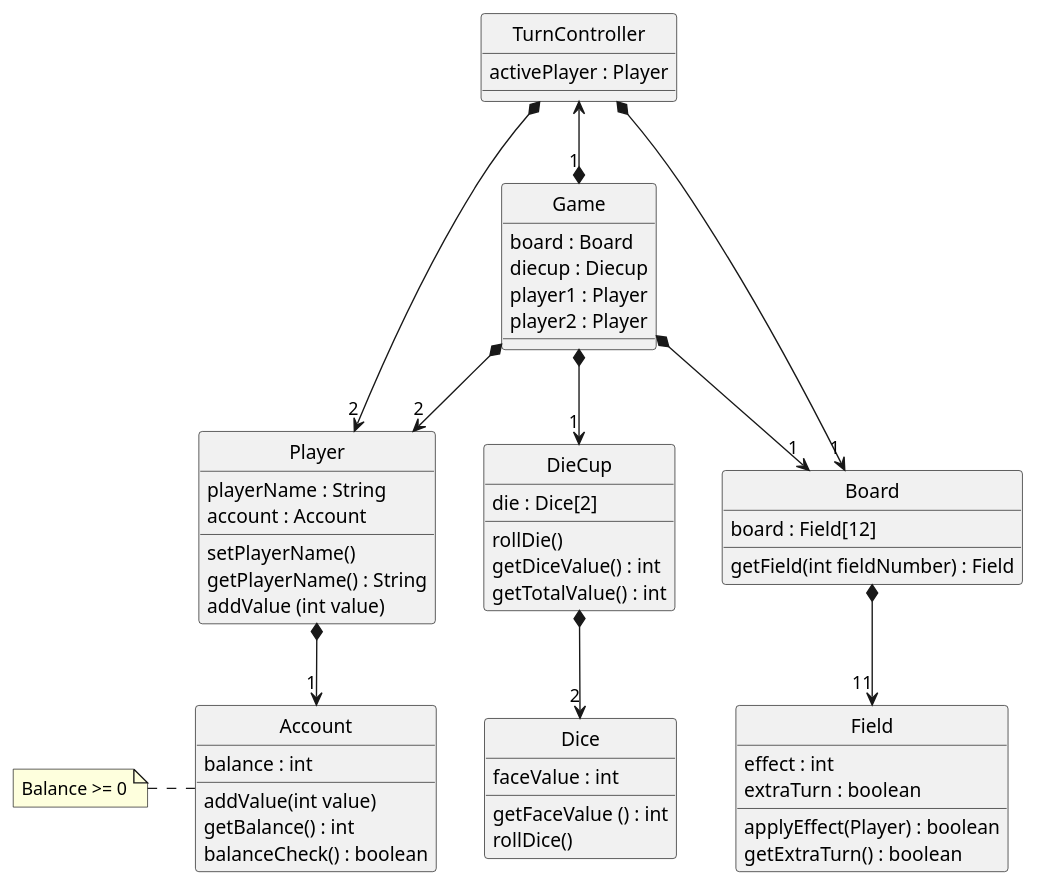
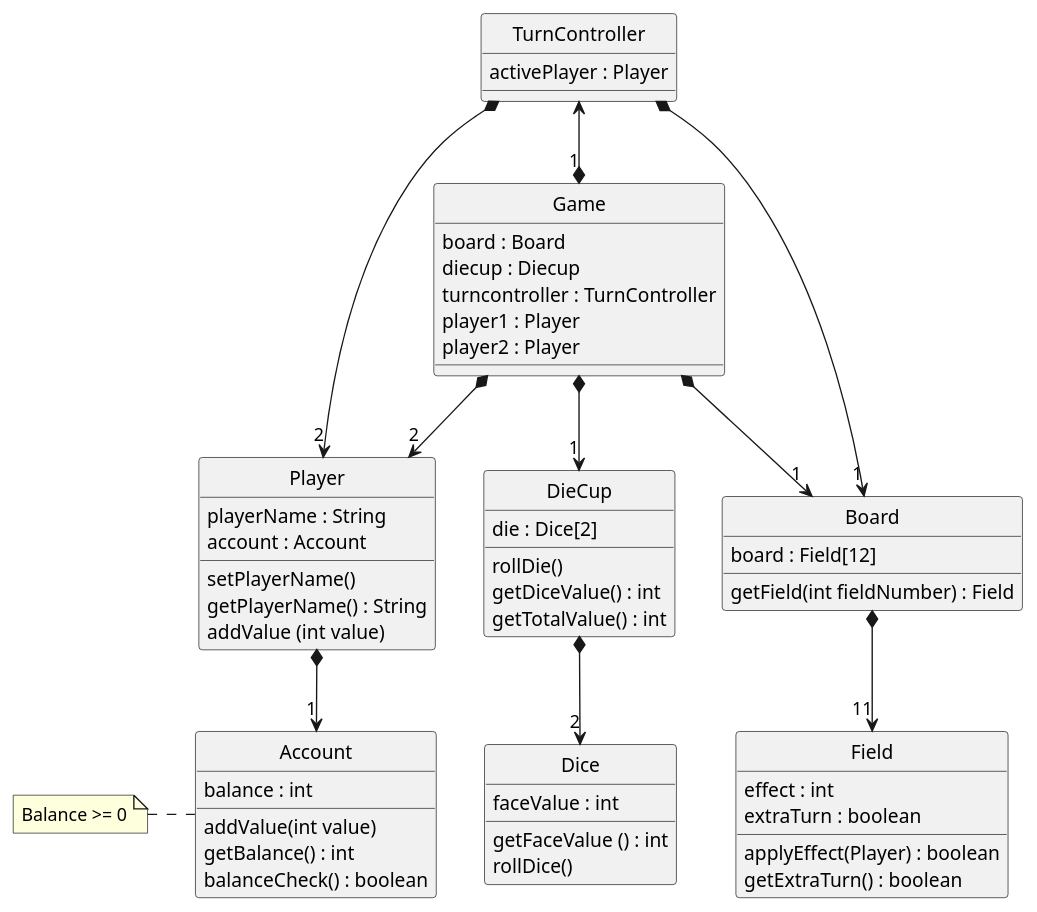
The diagram in src/main/resources/DesignClassDiagram.puml (PhilipCramer/CDIO_del2), drawn with PlantUML before and after one commit.

Commit message:
Modified DesignClassDiagram

```diff
--- a/src/main/resources/DesignClassDiagram.puml
+++ b/src/main/resources/DesignClassDiagram.puml
@@ -1,75 +1,76 @@
 @startuml ClassDiagram
 skinparam style strictuml
 
 class "Game" as Game {
     board : Board
     diecup : Diecup
+    turncontroller : TurnController
     player1 : Player
     player2 : Player
 
 }
 class "TurnController" as TurnController {
     activePlayer : Player
-    
+
 }
 class "Player" as Player {
     playerName : String
     account : Account
 
     setPlayerName()
     getPlayerName() : String
     addValue (int value)
 
 }
 
 class "Account" as Account {
     balance : int
 
     addValue(int value)
     getBalance() : int
     balanceCheck() : boolean
 }
 note left
     Balance >= 0
     end note
 
 class "DieCup" as Diecup {
     die : Dice[2]
     
     rollDie()
     getDiceValue() : int
     getTotalValue() : int
 }
 
 class "Dice" as Dice {
     faceValue : int
 
     getFaceValue () : int
     rollDice()
 }
 
 class "Board" as Board {
     board : Field[12]
     
     getField(int fieldNumber) : Field
 }
 
 class "Field" as Field {
     effect : int
     extraTurn : boolean
 
     applyEffect(Player) : boolean
     getExtraTurn() : boolean
 }
 
 
 Player *--> "1" Account
 Game *--> "2" Player 
 Game *--> "1" Board
 Board  *--> "11" Field
 Game  *--> "1" Diecup
 Diecup *--> "2" Dice
 TurnController *--> "2" Player
 TurnController *--> "1" Board
 TurnController <--* "1" Game
 @enduml
```
